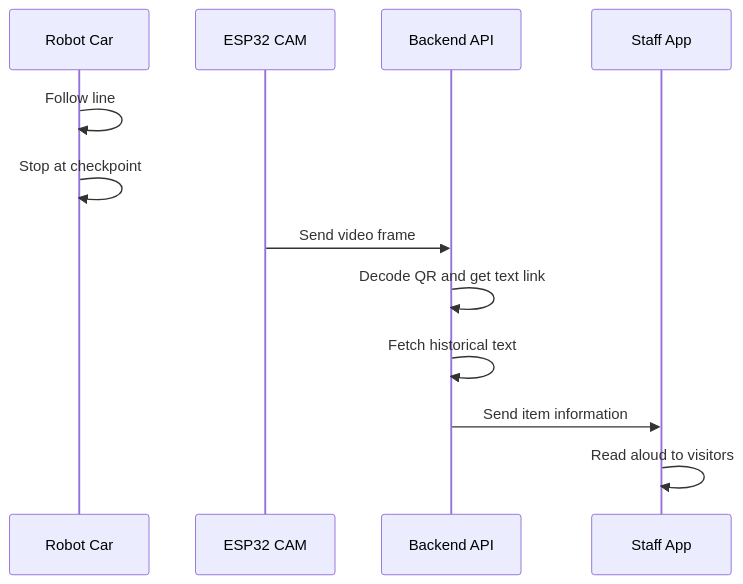
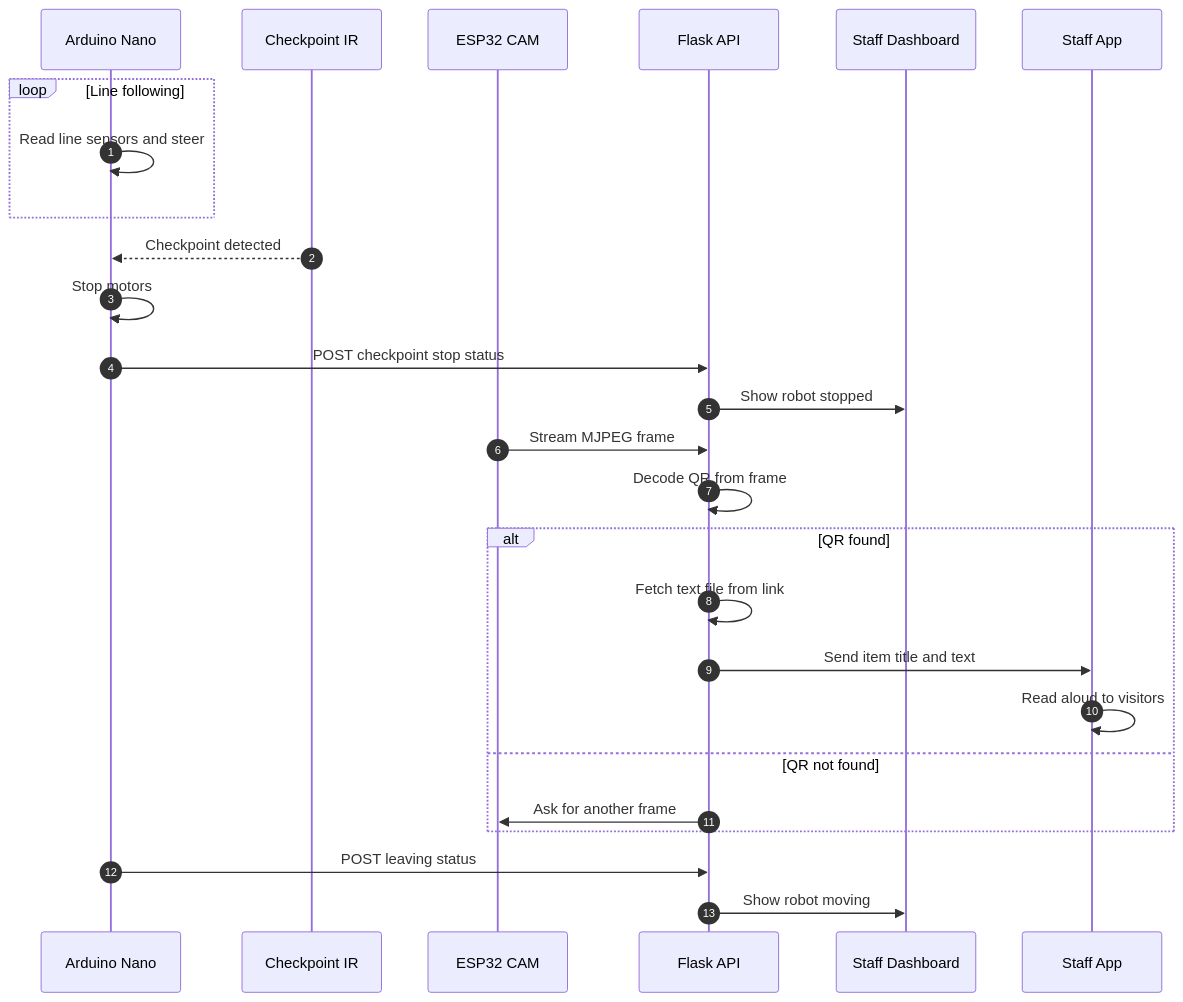
The seventh of 9 diagrams in Museum_Automation_System_Overview.md (BradyTun/museum-automation), drawn with Mermaid before and after one commit. The commit also changed other lines of this file and 4 other files, not shown here.

````diff
--- a/Museum_Automation_System_Overview.md
+++ b/Museum_Automation_System_Overview.md
@@ -125,15 +260,33 @@
 ```mermaid
 sequenceDiagram
-    participant Car as Robot Car
-    participant Cam as ESP32 CAM
-    participant API as Backend API
-    participant App as Staff App
+    autonumber
+    participant N as Arduino Nano
+    participant IR as Checkpoint IR
+    participant C as ESP32 CAM
+    participant A as Flask API
+    participant D as Staff Dashboard
+    participant S as Staff App
 
-    Car->>Car: Follow line
-    Car->>Car: Stop at checkpoint
-    Cam->>API: Send video frame
-    API->>API: Decode QR and get text link
-    API->>API: Fetch historical text
-    API->>App: Send item information
-    App->>App: Read aloud to visitors
+    loop Line following
+        N->>N: Read line sensors and steer
+    end
+
+    IR-->>N: Checkpoint detected
+    N->>N: Stop motors
+    N->>A: POST checkpoint stop status
+    A->>D: Show robot stopped
+
+    C->>A: Stream MJPEG frame
+    A->>A: Decode QR from frame
+
+    alt QR found
+        A->>A: Fetch text file from link
+        A->>S: Send item title and text
+        S->>S: Read aloud to visitors
+    else QR not found
+        A->>C: Ask for another frame
+    end
+
+    N->>A: POST leaving status
+    A->>D: Show robot moving
 ```
````
